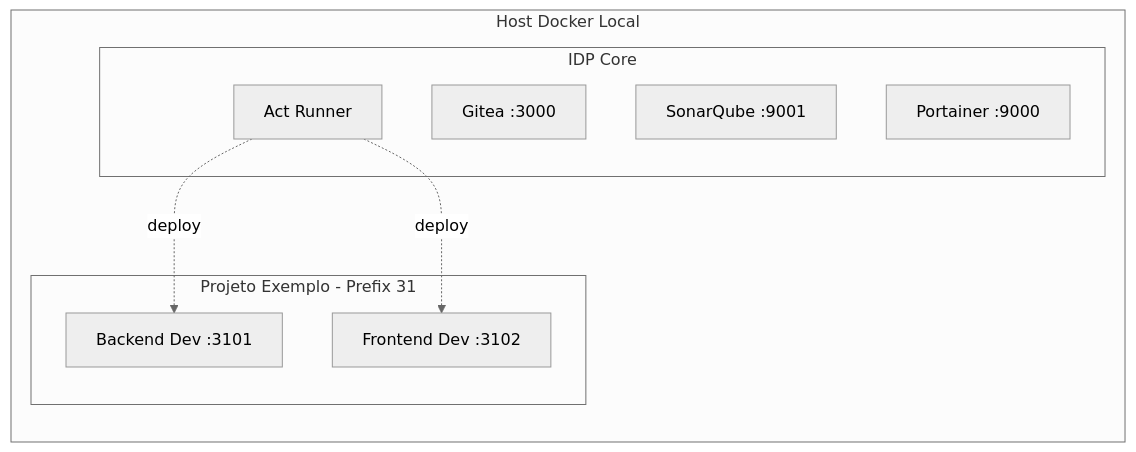
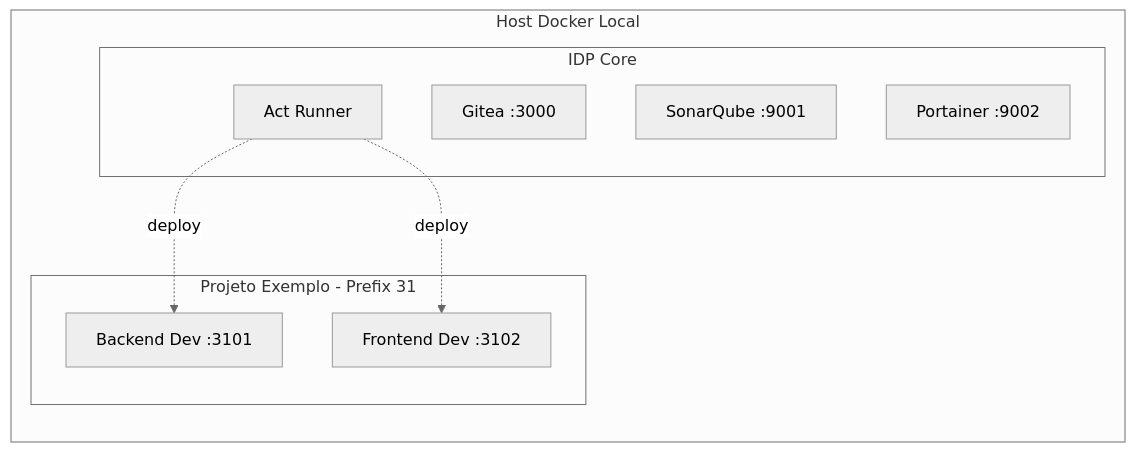
The diagram in README.md (teilorbarcelos/infra-project), drawn with Mermaid (neutral theme) before and after one commit. The commit also changed other lines of this file and 1 other file, not shown here.

Commit message:
fix: Portaienr and sonar port conflict fix done

````diff
--- a/README.md
+++ b/README.md
@@ -118,21 +118,21 @@
 ```mermaid
 graph TD
     subgraph Host Docker Local
         direction TB
         
         subgraph IDP Core
             GT[Gitea :3000]
             GR[Act Runner]
             SQ[SonarQube :9001]
-            PT[Portainer :9000]
+            PT[Portainer :9002]
         end
         
         subgraph Projeto Exemplo - Prefix 31
             A_DEV_B[Backend Dev :3101]
             A_DEV_F[Frontend Dev :3102]
         end
     end
     
     GR -.deploy.-> A_DEV_B
     GR -.deploy.-> A_DEV_F
 ```
````
